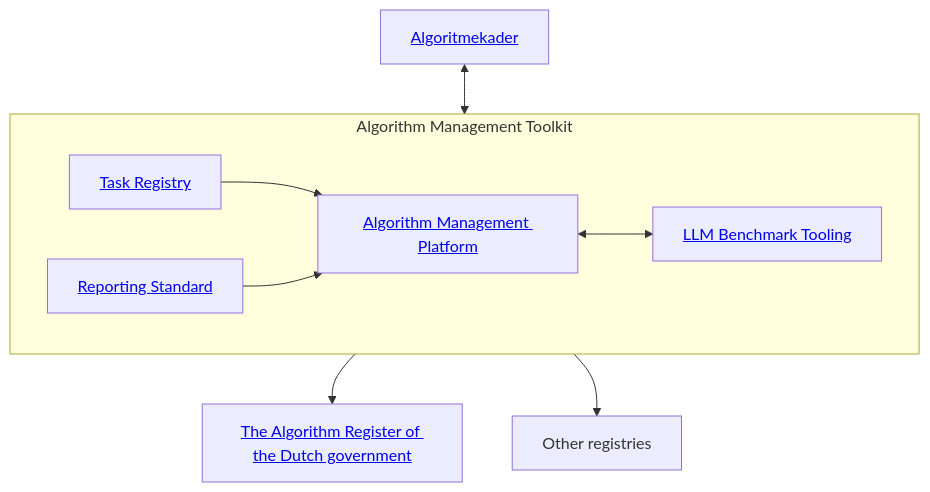
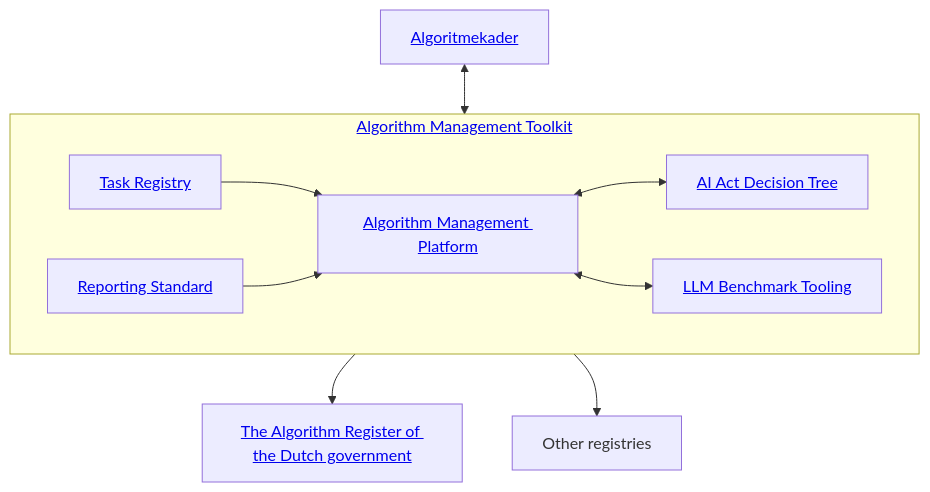
Before and after one commit to MinBZK/ai-validation: the diagram in docs/index.md, drawn with Mermaid. The commit also changed 2 other files, not shown here.

Commit message:
Add links and ambition

````diff
--- a/docs/index.md
+++ b/docs/index.md
@@ -16,13 +16,14 @@
 ``` mermaid
 graph TB
     ak[<a href='https://minbzk.github.io/Algoritmekader/'>Algoritmekader</a>] <--> amt
 
-    subgraph amt[Algorithm Management Toolkit]
+    subgraph amt[<a href='https://amt.prd.apps.digilab.network/$0'>Algorithm Management Toolkit</a>]
         tr[<a href='https://minbzk.github.io/task-registry'>Task Registry</a>] --> amp[<a href='https://github.com/MinBZK/amt/'>Algorithm Management Platform</a>]
         st[<a href='/ai-validation/projects/amt/reporting-standard/'>Reporting Standard</a>] --> amp
+        amp <--> ai_act_decision_tree[<a href='https://ai-act-decisiontree.apps.digilab.network'>AI Act Decision Tree</a>]
         amp <--> llm[<a href='/ai-validation/projects/llm-benchmarks/'>LLM Benchmark Tooling</a>]
     end
 
     amt --> ar[<a href='https://algoritmes.overheid.nl/en/'>The Algorithm Register of the Dutch government</a>]
     amt --> or[Other registries]
 ```
````
